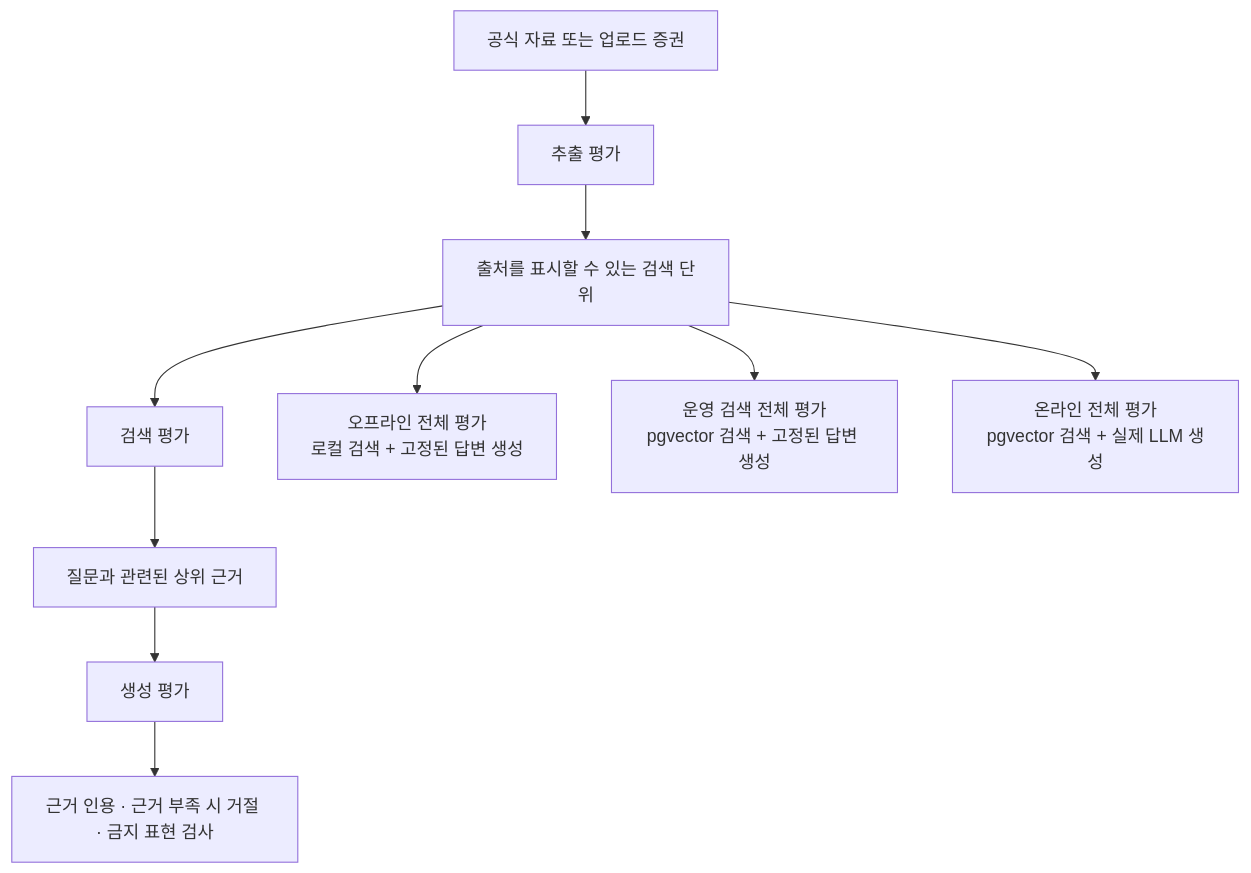
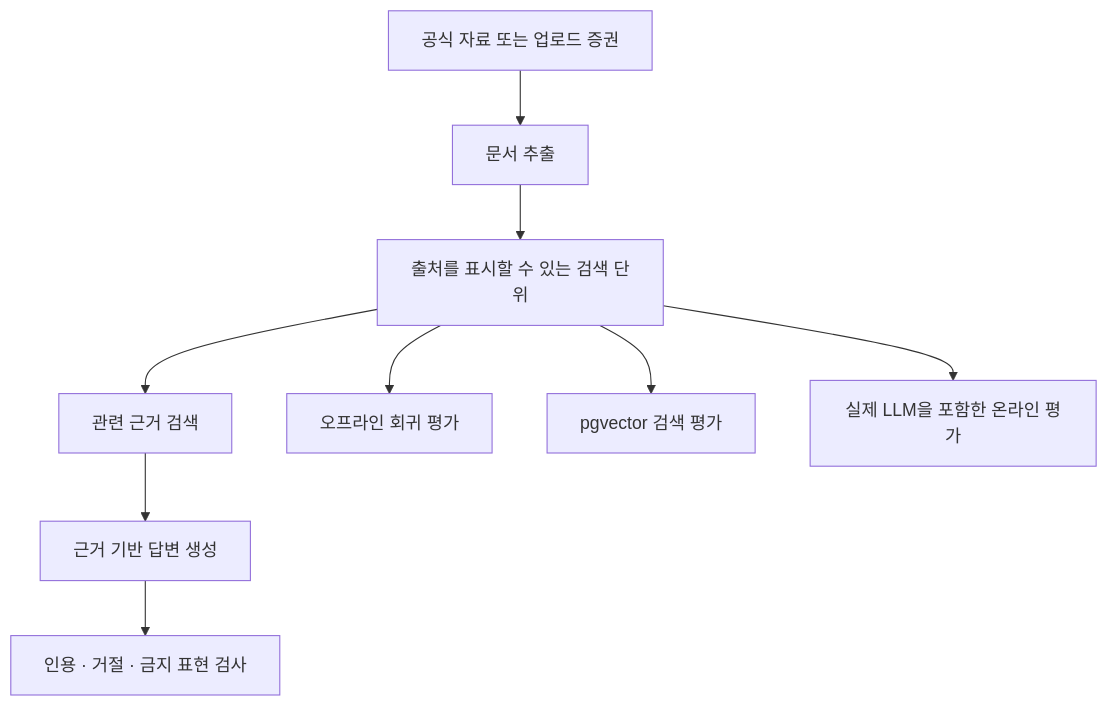
One commit to seojuny95/coverly changed the third of 3 diagrams in README.md. Above: the diagram before and after it, drawn with Mermaid. The commit also changed other lines of this file, not shown here.

````diff
--- a/README.md
+++ b/README.md
@@ -99,13 +137,12 @@
 ```mermaid
 flowchart TD
-    A["공식 자료 또는 업로드 증권"] --> B["추출 평가"]
+    A["공식 자료 또는 업로드 증권"] --> B["문서 추출"]
     B --> C["출처를 표시할 수 있는 검색 단위"]
-    C --> D["검색 평가"]
-    D --> E["질문과 관련된 상위 근거"]
-    E --> F["생성 평가"]
-    F --> G["근거 인용 · 근거 부족 시 거절 · 금지 표현 검사"]
+    C --> D["관련 근거 검색"]
+    D --> E["근거 기반 답변 생성"]
+    E --> F["인용 · 거절 · 금지 표현 검사"]
 
-    C --> H["오프라인 전체 평가<br/>로컬 검색 + 고정된 답변 생성"]
-    C --> I["운영 검색 전체 평가<br/>pgvector 검색 + 고정된 답변 생성"]
-    C --> J["온라인 전체 평가<br/>pgvector 검색 + 실제 LLM 생성"]
+    C --> G["오프라인 회귀 평가"]
+    C --> H["pgvector 검색 평가"]
+    C --> I["실제 LLM을 포함한 온라인 평가"]
 ```
````
